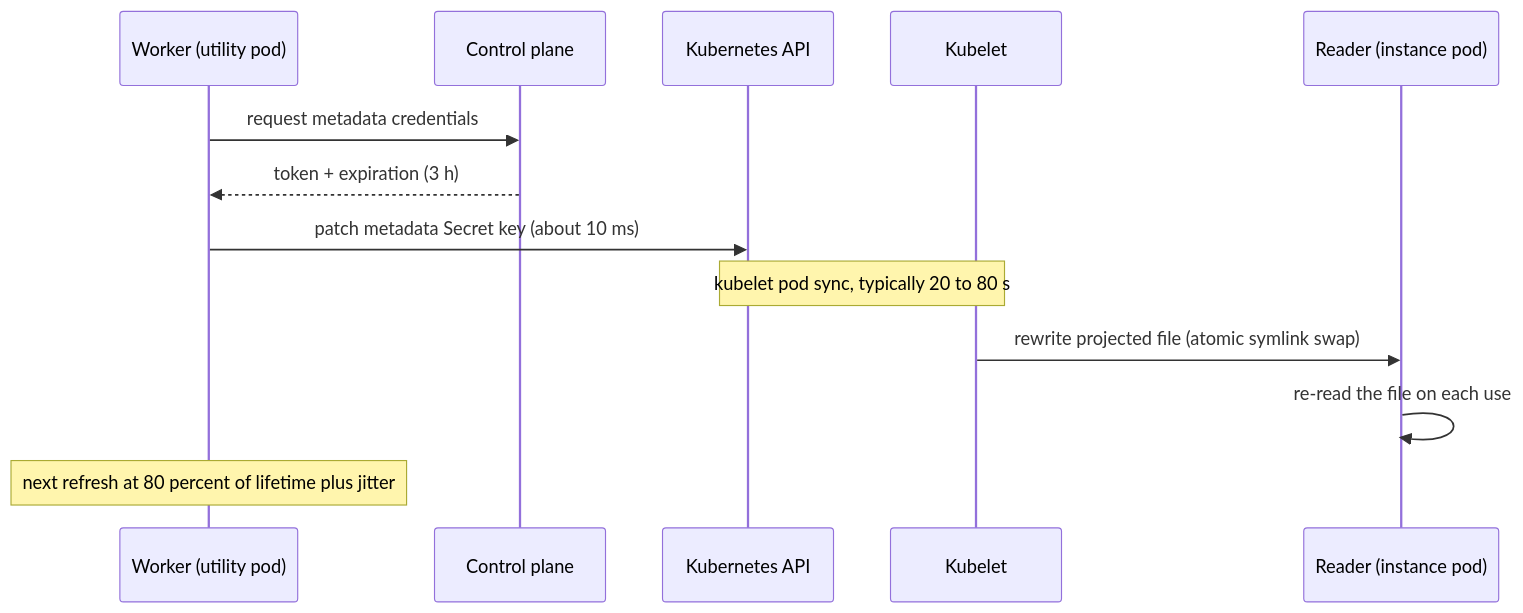
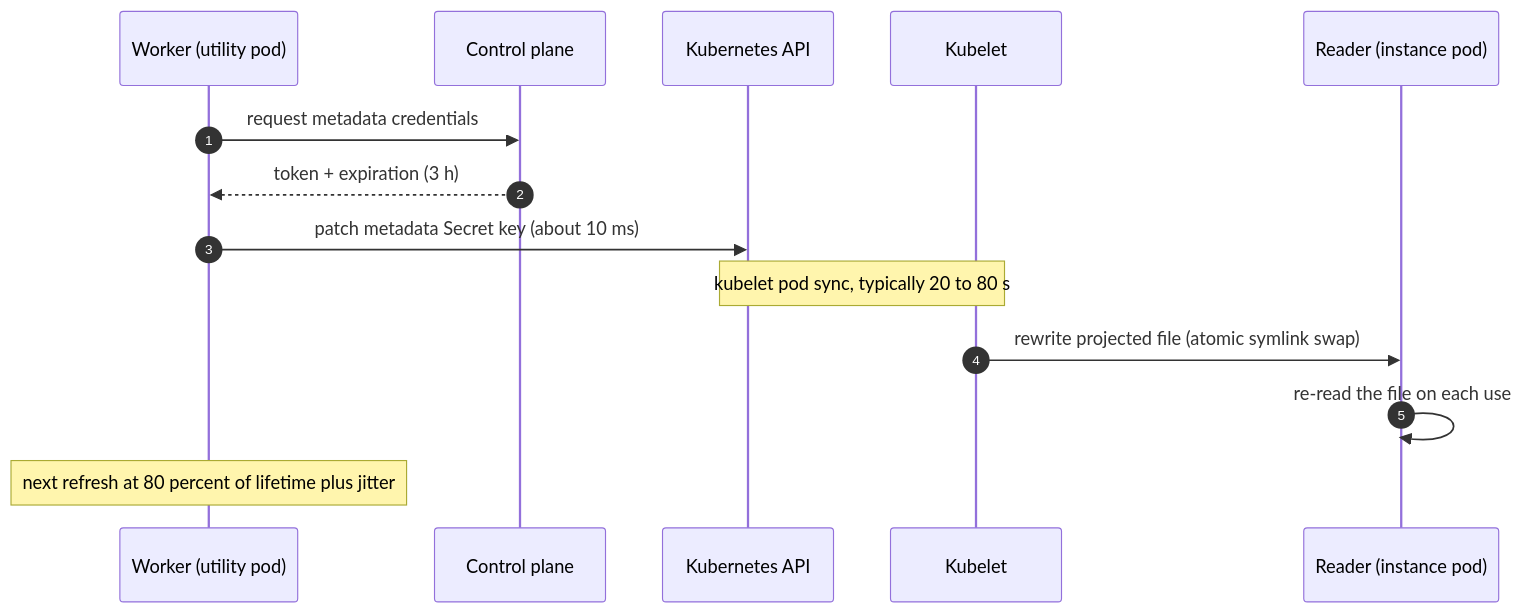
The fourth of 4 diagrams in docs/dev/sdd-shared-storage-v2-secrets.md (ViktorWelbers/nvcf), drawn with Mermaid before and after one commit. The commit also changed other lines of this file, not shown here.

````diff
--- a/docs/dev/sdd-shared-storage-v2-secrets.md
+++ b/docs/dev/sdd-shared-storage-v2-secrets.md
@@ -161,15 +180,16 @@
 ```mermaid
 sequenceDiagram
+  autonumber
   participant W as Worker (utility pod)
   participant CP as Control plane
   participant API as Kubernetes API
   participant K as Kubelet
   participant R as Reader (instance pod)
   W->>CP: request metadata credentials
   CP-->>W: token + expiration (3 h)
   W->>API: patch metadata Secret key (about 10 ms)
   Note over API,K: kubelet pod sync, typically 20 to 80 s
   K->>R: rewrite projected file (atomic symlink swap)
   R->>R: re-read the file on each use
   Note over W: next refresh at 80 percent of lifetime plus jitter
 ```
````
